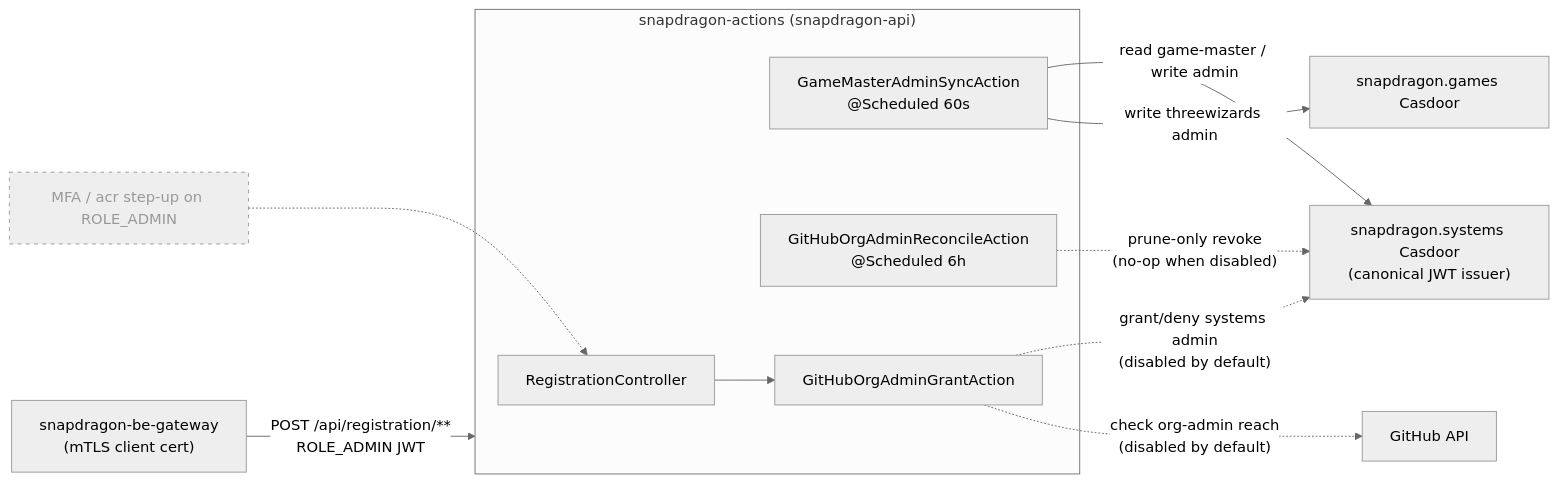
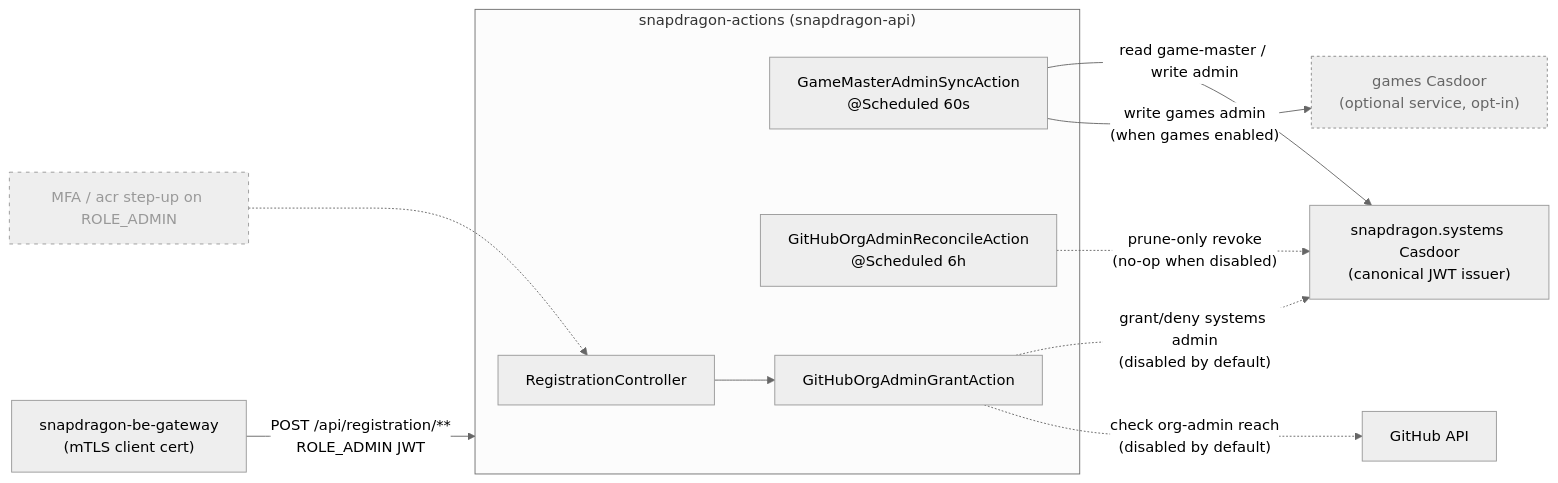
One commit to hugmesh/hugmesh-actions changed the diagram in README.md. Above: the diagram before and after it, drawn with Mermaid (neutral theme). The commit also changed other lines of this file, not shown here.

Commit message:
docs(snapdragon-actions): de-emphasize the optional games service (keep role-join action; games subdomain opt-in)

````diff
--- a/README.md
+++ b/README.md
@@ -28,27 +30,28 @@
 ```mermaid
 flowchart LR
     GW["snapdragon-be-gateway<br/>(mTLS client cert)"] -->|"POST /api/registration/**<br/>ROLE_ADMIN JWT"| API
 
     subgraph API["snapdragon-actions (snapdragon-api)"]
         RC["RegistrationController"]
         GM["GameMasterAdminSyncAction<br/>@Scheduled 60s"]
         REV["GitHubOrgAdminReconcileAction<br/>@Scheduled 6h"]
         GHA["GitHubOrgAdminGrantAction"]
         RC --> GHA
     end
 
     SC["snapdragon.systems Casdoor<br/>(canonical JWT issuer)"]
-    GC["snapdragon.games Casdoor"]
+    GC["games Casdoor<br/>(optional service, opt-in)"]:::optional
     GH["GitHub API"]
 
     GM -->|"read game-master / write admin"| SC
-    GM -->|"write threewizards admin"| GC
+    GM -->|"write games admin<br/>(when games enabled)"| GC
     GHA -.->|"grant/deny systems admin<br/>(disabled by default)"| SC
     GHA -.->|"check org-admin reach<br/>(disabled by default)"| GH
     REV -.->|"prune-only revoke<br/>(no-op when disabled)"| SC
 
     MFA["MFA / acr step-up on ROLE_ADMIN"]:::planned
     MFA -.-> RC
 
     classDef planned stroke-dasharray:4 5,stroke:#999,color:#999
+    classDef optional stroke-dasharray:3 3,stroke:#888,color:#666
 ```
````
